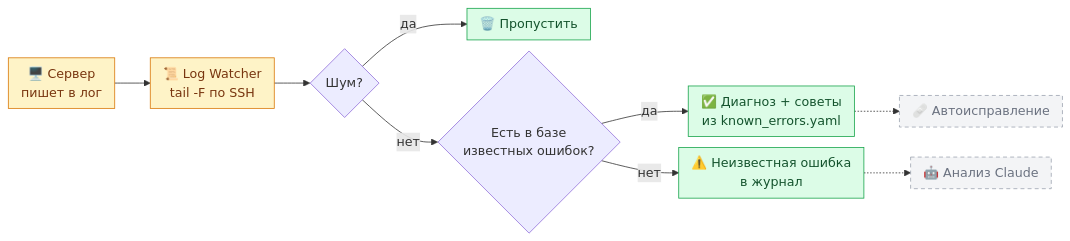
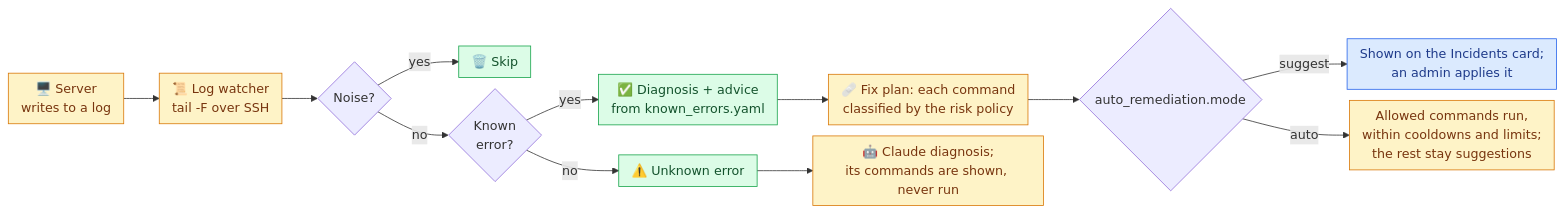
Before and after one commit to Madly222/MCPforMonitoring: the second of 2 diagrams in docs/features/03-monitoring.md, drawn with Mermaid. The commit also changed other lines of this file and 37 other files, not shown here.

````diff
--- a/docs/features/03-monitoring.md
+++ b/docs/features/03-monitoring.md
@@ -44,16 +46,18 @@
 ```mermaid
 %%{init: {"flowchart": {"nodeSpacing": 14, "rankSpacing": 45, "curve": "basis", "padding": 8, "wrappingWidth": 260}}}%%
 flowchart LR
-    A["🖥️ Сервер<br/>пишет в лог"]:::auto --> B["📜 Log Watcher<br/>tail -F по SSH"]:::auto
-    B --> C{"Шум?"}
-    C -- да --> X["🗑️ Пропустить"]:::all
-    C -- нет --> D{"Есть в базе<br/>известных ошибок?"}
-    D -- да --> E["✅ Диагноз + советы<br/>из known_errors.yaml"]:::all
-    D -- нет --> F["⚠️ Неизвестная ошибка<br/>в журнал"]:::all
-    F -.-> G["🤖 Анализ Claude"]:::plan
-    E -.-> H["🩹 Автоисправление"]:::plan
+    A["🖥️ Server<br/>writes to a log"]:::auto --> B["📜 Log watcher<br/>tail -F over SSH"]:::auto
+    B --> C{"Noise?"}
+    C -- yes --> X["🗑️ Skip"]:::all
+    C -- no --> D{"Known<br/>error?"}
+    D -- yes --> E["✅ Diagnosis + advice<br/>from known_errors.yaml"]:::all
+    E --> P["🩹 Fix plan: each command<br/>classified by the risk policy"]:::auto
+    P --> M{"auto_remediation.mode"}
+    M -- suggest --> S["Shown on the Incidents card;<br/>an admin applies it"]:::admin
+    M -- auto --> R["Allowed commands run,<br/>within cooldowns and limits;<br/>the rest stay suggestions"]:::auto
+    D -- no --> F["⚠️ Unknown error"]:::all --> G["🤖 Claude diagnosis;<br/>its commands are shown, never run"]:::auto
 
     classDef all   fill:#dcfce7,stroke:#16a34a,color:#14532d
+    classDef admin fill:#dbeafe,stroke:#2563eb,color:#1e3a8a
     classDef auto  fill:#fef3c7,stroke:#d97706,color:#78350f
-    classDef plan  fill:#f3f4f6,stroke:#9ca3af,color:#6b7280,stroke-dasharray:5 4
 ```
````
